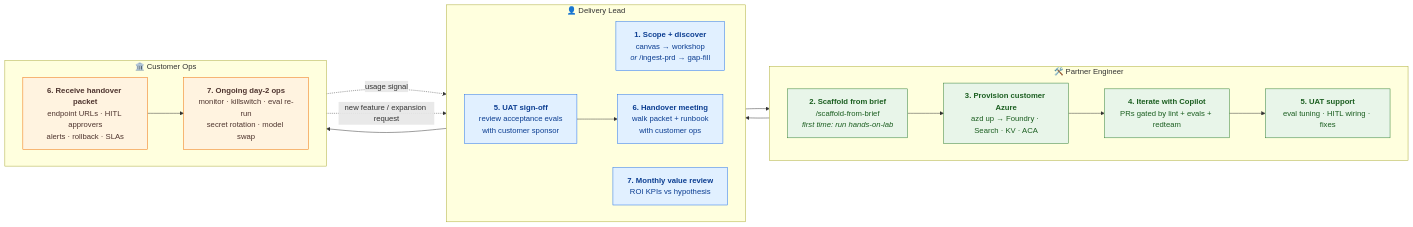
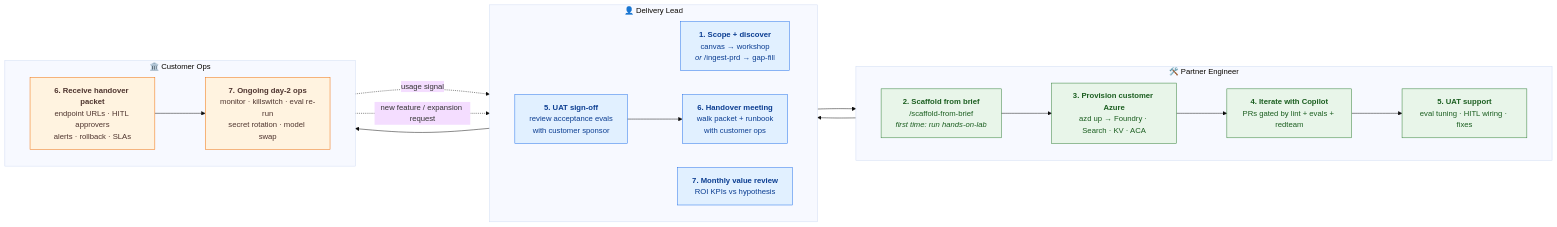
One commit to Azure-Samples/agentic-ai-solution-accelerator changed the diagram in docs/partner-workflow.md. Above: the diagram before and after it, drawn with Mermaid. The commit also changed 3 other files, not shown here.

First line of the commit message:
Docs O9: render partner-workflow mermaid diagram readably

````diff
--- a/docs/partner-workflow.md
+++ b/docs/partner-workflow.md
@@ -35,51 +35,52 @@
 ```mermaid
+%%{init: {'theme':'base','themeVariables':{'fontSize':'16px'},'flowchart':{'nodeSpacing':50,'rankSpacing':80,'htmlLabels':true,'curve':'basis'}}}%%
 flowchart LR
     classDef lead fill:#E1F0FF,stroke:#1F6FEB,color:#0B3D91,stroke-width:1px;
     classDef eng  fill:#E8F5E9,stroke:#2E7D32,color:#1B5E20,stroke-width:1px;
     classDef ops  fill:#FFF3E0,stroke:#EF6C00,color:#4E342E,stroke-width:1px;
 
     subgraph DL["👤 Delivery Lead"]
         direction LR
         D1["<b>1. Scope + discover</b><br/>canvas → workshop<br/><i>or</i> /ingest-prd → gap-fill"]
         D5["<b>5. UAT sign-off</b><br/>review acceptance evals<br/>with customer sponsor"]
         D6["<b>6. Handover meeting</b><br/>walk packet + runbook<br/>with customer ops"]
         D7["<b>7. Monthly value review</b><br/>ROI KPIs vs hypothesis"]
     end
 
     subgraph PE["🛠️ Partner Engineer"]
         direction LR
         E1["<b>2. Scaffold from brief</b><br/>/scaffold-from-brief<br/><i>first time: run hands-on-lab</i>"]
         E2["<b>3. Provision customer Azure</b><br/>azd up → Foundry · Search · KV · ACA"]
         E3["<b>4. Iterate with Copilot</b><br/>PRs gated by lint + evals + redteam"]
         E4["<b>5. UAT support</b><br/>eval tuning · HITL wiring · fixes"]
     end
 
     subgraph CO["🏛️ Customer Ops"]
         direction LR
         C1["<b>6. Receive handover packet</b><br/>endpoint URLs · HITL approvers<br/>alerts · rollback · SLAs"]
         C2["<b>7. Ongoing day-2 ops</b><br/>monitor · killswitch · eval re-run<br/>secret rotation · model swap"]
     end
 
     D1 --> E1
     E1 --> E2 --> E3 --> E4
     E4 --> D5
     D5 --> D6 --> C1
     C1 --> C2
     C2 -. usage signal .-> D7
     C2 -. new feature / expansion request .-> D1
 
     class D1,D5,D6,D7 lead;
     class E1,E2,E3,E4 eng;
     class C1,C2 ops;
 
     click D1 "discovery/how-to-use/" "D1 first action: open the discovery kit sequence (canvas → workshop, or /ingest-prd branch)"
     click D5 "partner-playbook/#stage-5--uat" "D5 first action: read Stage 5 UAT sign-off criteria"
     click D6 "handover/handover-packet-template/" "D6 first action: open the handover packet template"
     click D7 "partner-playbook/#stage-7--measure" "D7 first action: Stage 7 — Measure (monthly KPI review)"
     click E1 "QUICKSTART/#step-3--scaffold-the-solution-from-the-brief" "E1 first action: QUICKSTART Step 3 — Scaffold (first-timer? run hands-on-lab once first)"
-    click E2 "getting-started/" "E2 first action: Setup & prereqs — azd up + troubleshooting"
+    click E2 "getting-started/setup-and-prereqs/" "E2 first action: Setup & prereqs — azd up + troubleshooting"
     click E3 "QUICKSTART/#step-4--provision--deploy-to-customers-azure" "E3 first action: QUICKSTART Steps 4–5 — iterate through CI gates"
     click E4 "partner-playbook/#stage-5--uat" "E4 first action: Stage 5 — UAT (engineer view)"
     click C1 "customer-runbook/" "C1 first action: open your engagement-specific handover packet (partner-delivered); customer-runbook is the fallback"
     click C2 "customer-runbook/" "C2 first action: your handover packet for this engagement; customer-runbook is the fallback"
 ```
````
